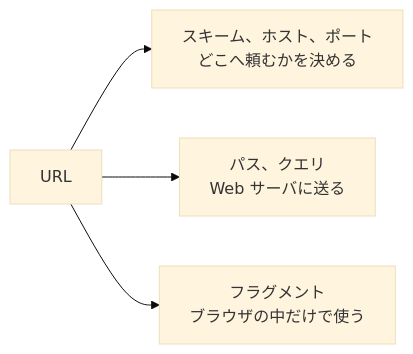
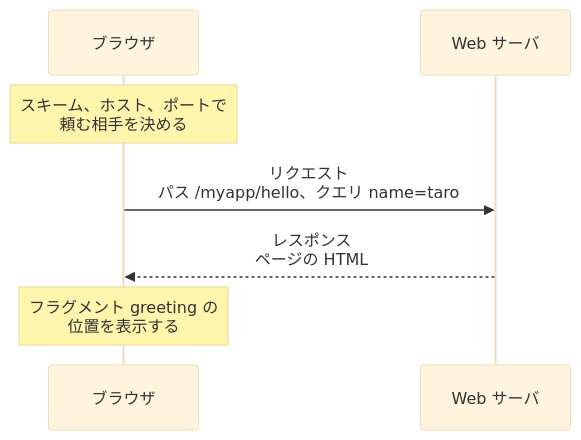
One commit to Appricot144/teaching-material changed the diagram in servlet/01-web-basics/03-what-is-url.md. Above: the diagram before and after it, drawn with Mermaid (base theme). The commit also changed other lines of this file and 5 other files, not shown here.

````diff
--- a/servlet/01-web-basics/03-what-is-url.md
+++ b/servlet/01-web-basics/03-what-is-url.md
@@ -60,6 +64,9 @@
 ```mermaid
-flowchart LR
-    U["URL"] --> C["スキーム、ホスト、ポート<br/>どこへ頼むかを決める"]
-    U --> R["パス、クエリ<br/>Web サーバに送る"]
-    U --> F["フラグメント<br/>ブラウザの中だけで使う"]
+sequenceDiagram
+    participant B as ブラウザ
+    participant S as Web サーバ
+    Note over B: スキーム、ホスト、ポートで<br/>頼む相手を決める
+    B->>S: リクエスト<br/>パス /myapp/hello、クエリ name=taro
+    S-->>B: レスポンス<br/>ページの HTML
+    Note over B: フラグメント greeting の<br/>位置を表示する
 ```
````
